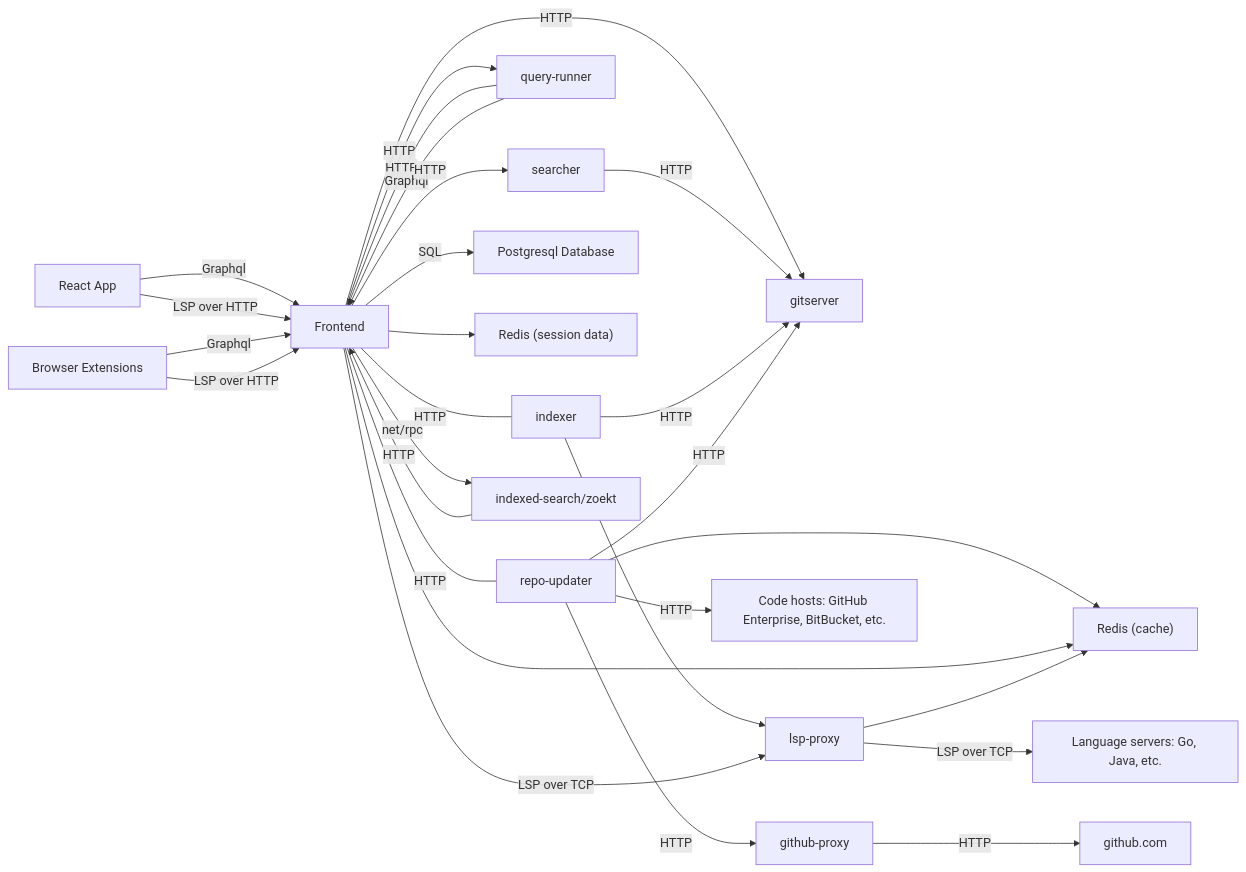
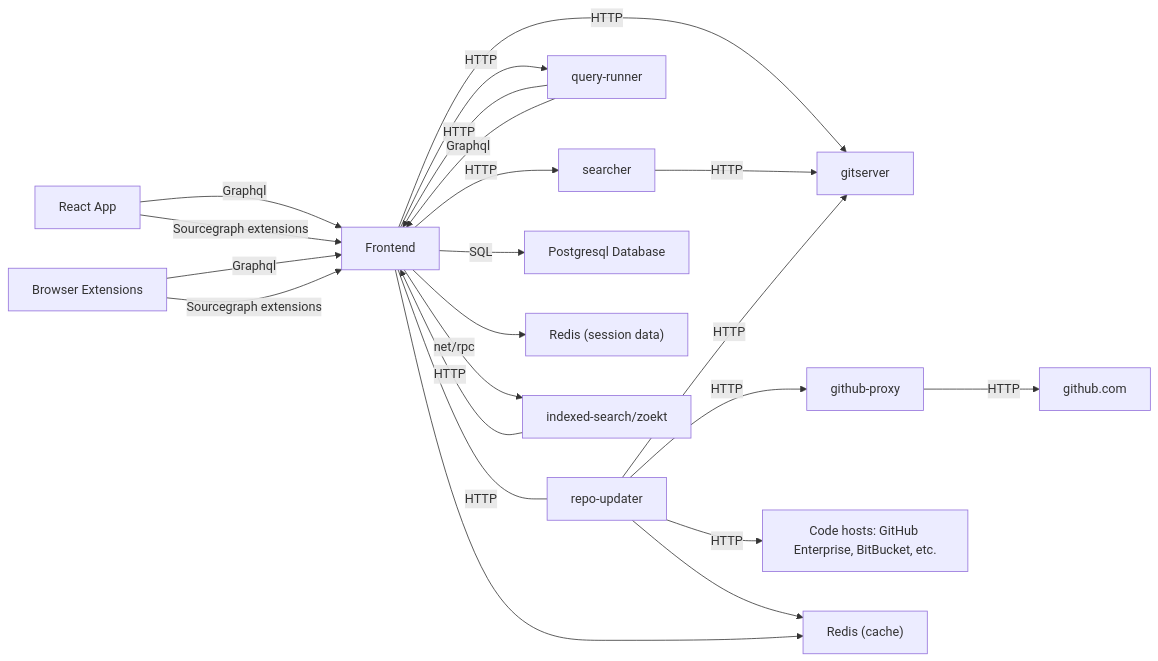
The diagram in doc/dev/architecture.md (sourcegraph/sourcegraph-public-snapshot), drawn with Mermaid before and after one commit. The commit also changed other lines of this file and 202 other files, not shown here.

First line of the commit message:
feat: remove lsp-proxy, xlang-*, indexer, builtin code intelligence

````diff
--- a/doc/dev/architecture.md
+++ b/doc/dev/architecture.md
@@ -9,38 +9,30 @@
 ```mermaid
 graph LR
     Frontend-- HTTP -->gitserver
     searcher-- HTTP -->gitserver
 
     query-runner-- HTTP -->Frontend
     query-runner-- Graphql -->Frontend
     repo-updater-- HTTP -->github-proxy
     github-proxy-- HTTP -->github[github.com]
 
     repo-updater-- HTTP -->codehosts[Code hosts: GitHub Enterprise, BitBucket, etc.]
     repo-updater-->redis-cache
 
     Frontend-- HTTP -->query-runner
     Frontend-->redis-cache["Redis (cache)"]
     Frontend-- SQL -->db[Postgresql Database]
     Frontend-->redis["Redis (session data)"]
-    indexer-->lsp-proxy
     Frontend-- HTTP -->searcher
-    Frontend-- LSP over TCP -->lsp-proxy
-    Frontend-- HTTP ---indexer
     Frontend-- HTTP ---repo-updater
     Frontend-- net/rpc -->indexed-search
     indexed-search[indexed-search/zoekt]-- HTTP -->Frontend
 
-    indexer-- HTTP -->gitserver
     repo-updater-- HTTP -->gitserver
 
-    lsp-proxy-->redis-cache
-
-    lsp-proxy-- LSP over TCP -->langservers[Language servers: Go, Java, etc.]
-
     react[React App]-- Graphql -->Frontend
-    react[React App]-- LSP over HTTP -->Frontend
+    react[React App]-- Sourcegraph extensions -->Frontend
 
     browser_extensions[Browser Extensions]-- Graphql -->Frontend
-    browser_extensions[Browser Extensions]-- LSP over HTTP -->Frontend
+    browser_extensions[Browser Extensions]-- Sourcegraph extensions -->Frontend
 ```
````
